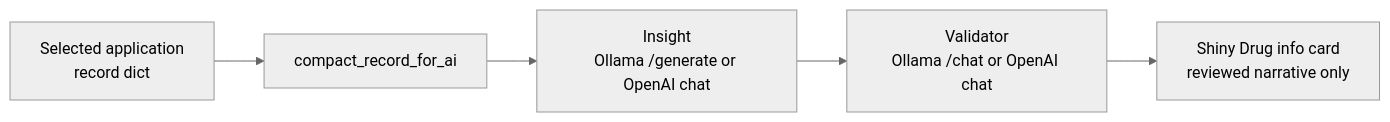
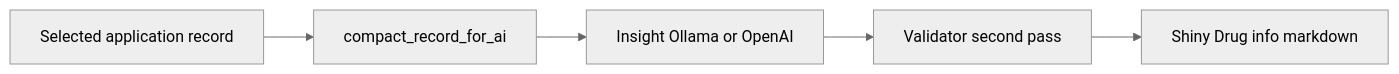
Before and after one commit to joninguyen12/sysen5381-tool: the fourth of 4 diagrams in app/ARCHITECTURE.md, drawn with Mermaid (neutral theme). The commit also changed other lines of this file, not shown here.

````diff
--- a/app/ARCHITECTURE.md
+++ b/app/ARCHITECTURE.md
@@ -168,7 +168,7 @@
 ```mermaid
 flowchart LR
-  REC[Selected application\nrecord dict] --> CMP[compact_record_for_ai]
-  CMP --> INS[Insight\nOllama /generate or OpenAI chat]
-  INS --> VAL[Validator\nOllama /chat or OpenAI chat]
-  VAL --> CARD[Shiny Drug info card\nreviewed narrative only]
+  REC[Selected application record] --> CMP[compact_record_for_ai]
+  CMP --> INS[Insight Ollama or OpenAI]
+  INS --> VAL[Validator second pass]
+  VAL --> CARD[Shiny Drug info markdown]
 ```
````
